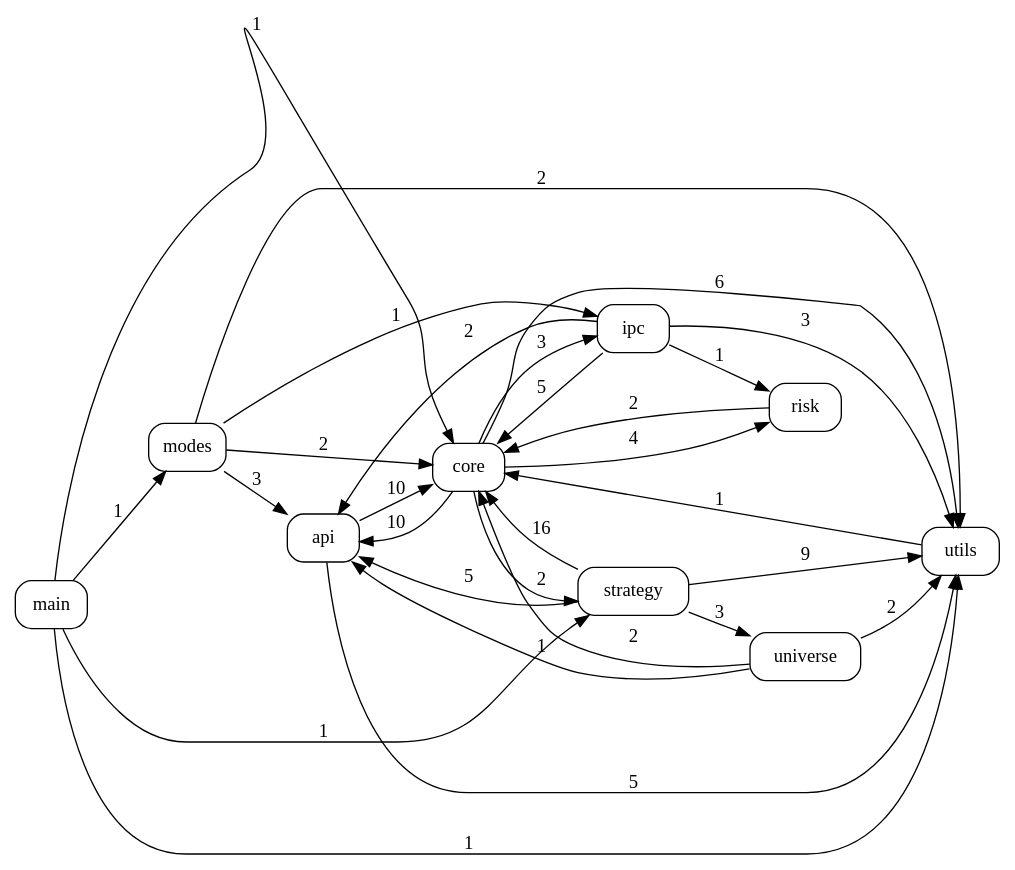
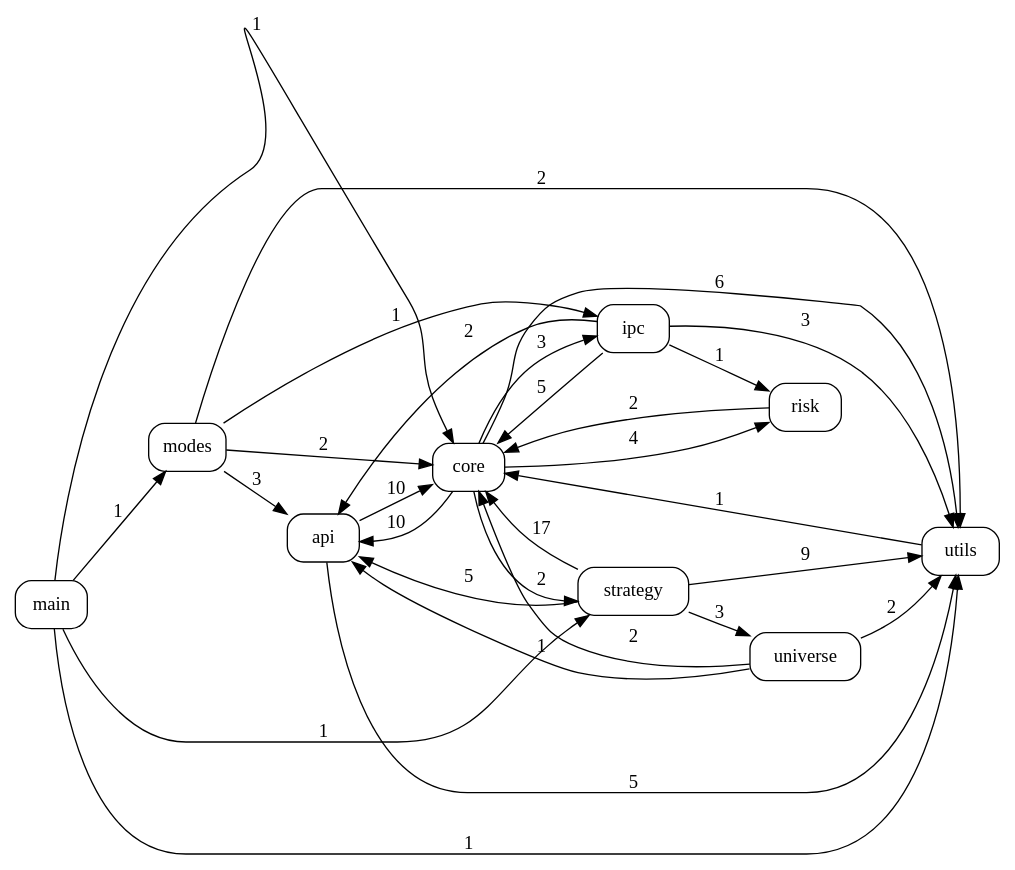
One commit to pypy8171/Quant changed the diagram in docs/code_graph.dot. Above: the diagram before and after it, drawn with Graphviz. The commit also changed 7 other files, not shown here.

```diff
--- a/docs/code_graph.dot
+++ b/docs/code_graph.dot
@@ -1,41 +1,41 @@
 digraph code_graph {
   rankdir=LR;
   node [shape=box, style=rounded, fontname="Consolas"];
   "api";
   "core";
   "ipc";
   "main";
   "modes";
   "risk";
   "strategy";
   "universe";
   "utils";
   "api" -> "core" [label="10"];
   "api" -> "utils" [label="5"];
   "core" -> "api" [label="10"];
   "core" -> "ipc" [label="3"];
   "core" -> "risk" [label="4"];
   "core" -> "strategy" [label="2"];
   "core" -> "utils" [label="6"];
   "ipc" -> "api" [label="2"];
   "ipc" -> "core" [label="5"];
   "ipc" -> "risk" [label="1"];
   "ipc" -> "utils" [label="3"];
   "main" -> "core" [label="1"];
   "main" -> "modes" [label="1"];
   "main" -> "strategy" [label="1"];
   "main" -> "utils" [label="1"];
   "modes" -> "api" [label="3"];
   "modes" -> "core" [label="2"];
   "modes" -> "ipc" [label="1"];
   "modes" -> "utils" [label="2"];
   "risk" -> "core" [label="2"];
   "strategy" -> "api" [label="5"];
-  "strategy" -> "core" [label="16"];
+  "strategy" -> "core" [label="17"];
   "strategy" -> "universe" [label="3"];
   "strategy" -> "utils" [label="9"];
   "universe" -> "api" [label="1"];
   "universe" -> "core" [label="2"];
   "universe" -> "utils" [label="2"];
   "utils" -> "core" [label="1"];
 }
```
